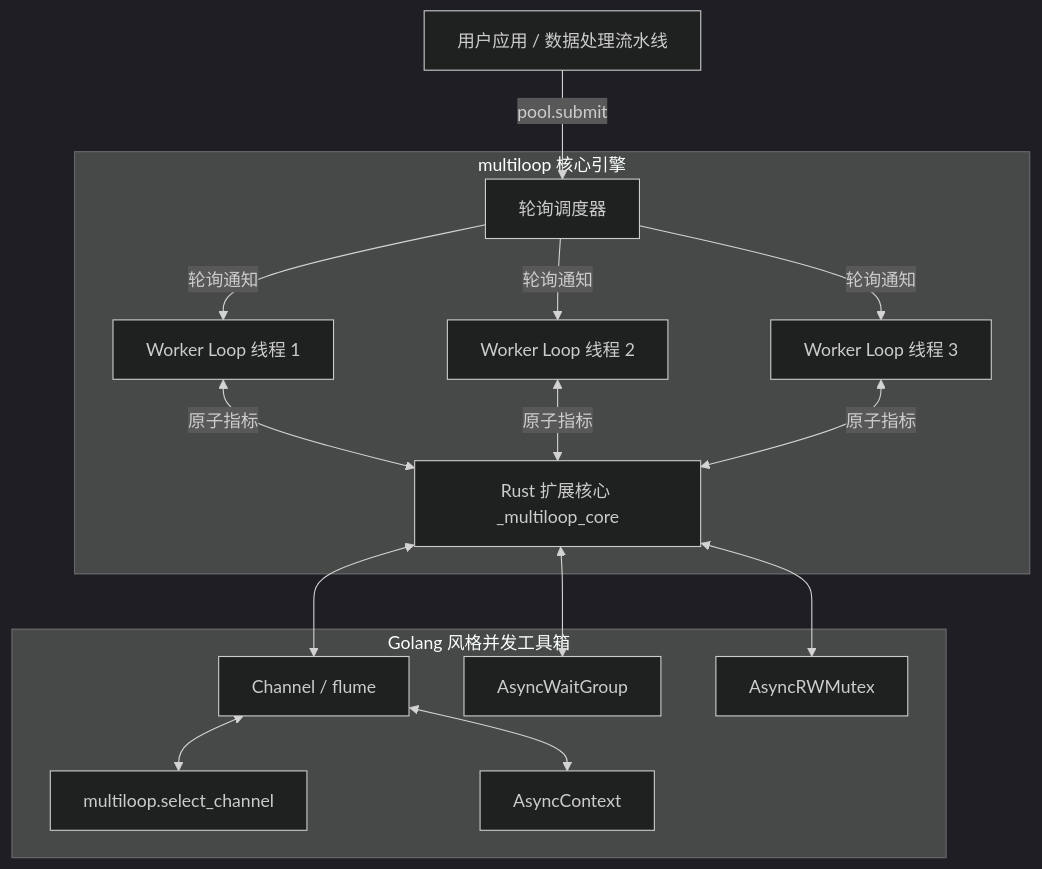
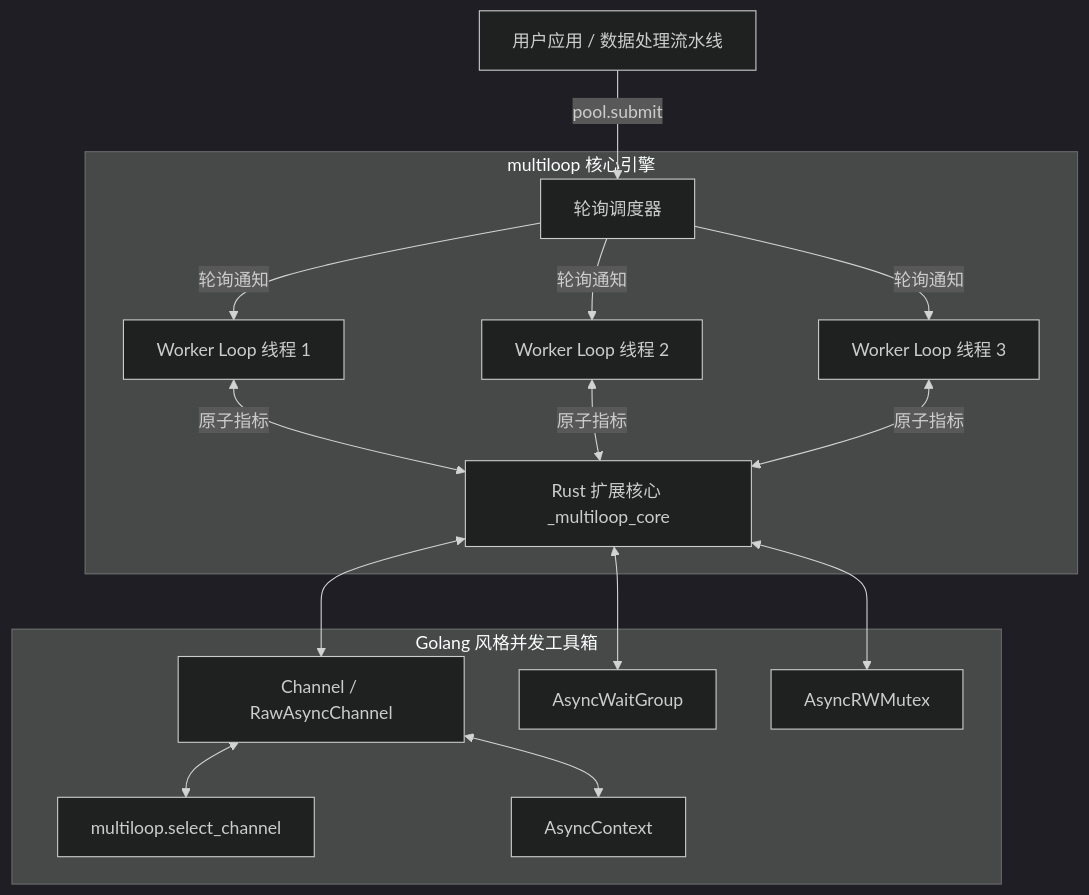
The diagram in README_ZH.md (hankaihong1/multiloop), drawn with Mermaid (dark theme) before and after one commit. The commit also changed other lines of this file and 70 other files, not shown here.

First line of the commit message:
feat: release v0.1.4 with Rust sync/cancel core and unified workflows (#20)

````diff
--- a/README_ZH.md
+++ b/README_ZH.md
@@ -209,22 +209,22 @@
 ```mermaid
 graph TD
     UserApp[用户应用 / 数据处理流水线] -->|pool.submit| Scheduler[轮询调度器]
     
     subgraph multiloop 核心引擎
         Scheduler -->|轮询通知| W1[Worker Loop 线程 1]
         Scheduler -->|轮询通知| W2[Worker Loop 线程 2]
         Scheduler -->|轮询通知| W3[Worker Loop 线程 3]
         
         W1 <-->|原子指标| RustCore[Rust 扩展核心 _multiloop_core]
         W2 <-->|原子指标| RustCore
         W3 <-->|原子指标| RustCore
     end
     
     subgraph Golang 风格并发工具箱
-        RustCore <--> FastChan[Channel / flume]
+        RustCore <--> FastChan[Channel / RawAsyncChannel]
         FastChan <--> Select[multiloop.select_channel]
         FastChan <--> Context[AsyncContext]
         RustCore <--> WaitGroup[AsyncWaitGroup]
         RustCore <--> RWMutex[AsyncRWMutex]
     end
 ```
````
